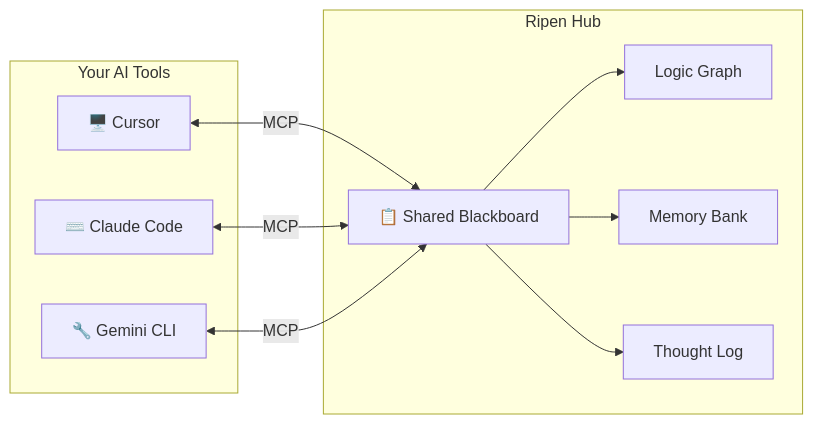
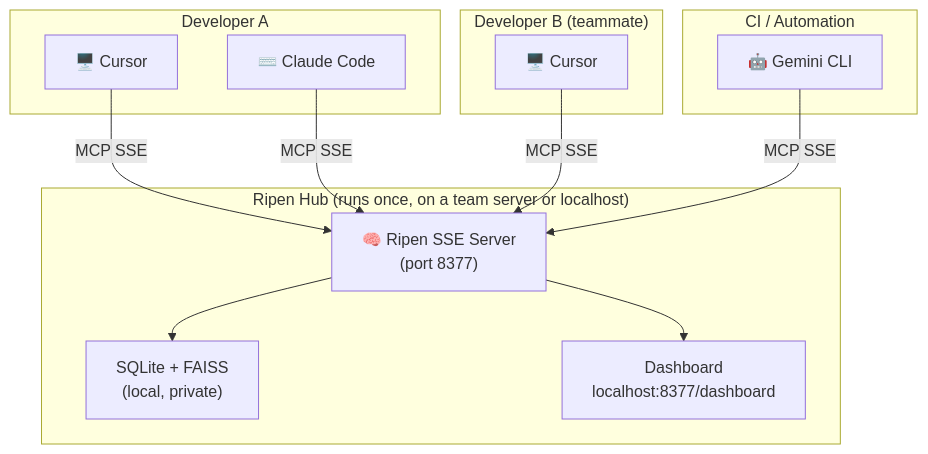
One commit to ayato-labs/ripen changed the diagram in README.md. Above: the diagram before and after it, drawn with Mermaid. The commit also changed other lines of this file and 3 other files, not shown here.

````diff
--- a/README.md
+++ b/README.md
@@ -45,17 +79,21 @@
 ```mermaid
-graph LR
-    subgraph "Your AI Tools"
-        A1["🖥️ Cursor"]
-        A2["⌨️ Claude Code"]
-        A3["🔧 Gemini CLI"]
+graph TD
+    subgraph "Ripen Hub (runs once, on a team server or localhost)"
+        H["🧠 Ripen SSE Server\n(port 8377)"]
+        H --> DB["SQLite + FAISS\n(local, private)"]
+        H --> DASH["Dashboard\nlocalhost:8377/dashboard"]
     end
-    subgraph "Ripen Hub"
-        M["📋 Shared Blackboard"]
-        M --> G["Logic Graph"]
-        M --> B["Memory Bank"]
-        M --> T["Thought Log"]
+
+    subgraph "Developer A"
+        A1["🖥️ Cursor"] -->|MCP SSE| H
+        A2["⌨️ Claude Code"] -->|MCP SSE| H
     end
-    A1 <-->|MCP| M
-    A2 <-->|MCP| M
-    A3 <-->|MCP| M
+
+    subgraph "Developer B (teammate)"
+        B1["🖥️ Cursor"] -->|MCP SSE| H
+    end
+
+    subgraph "CI / Automation"
+        C1["🤖 Gemini CLI"] -->|MCP SSE| H
+    end
 ```
````
